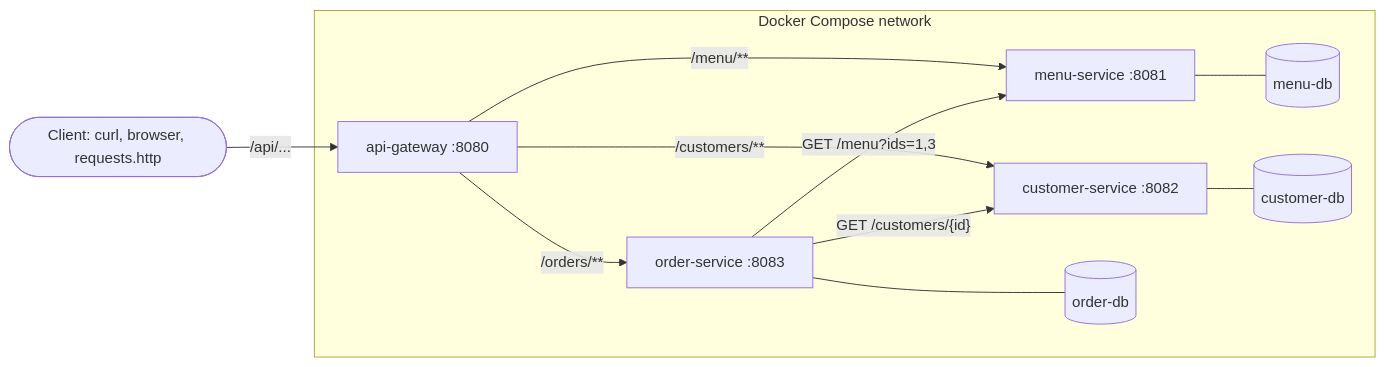
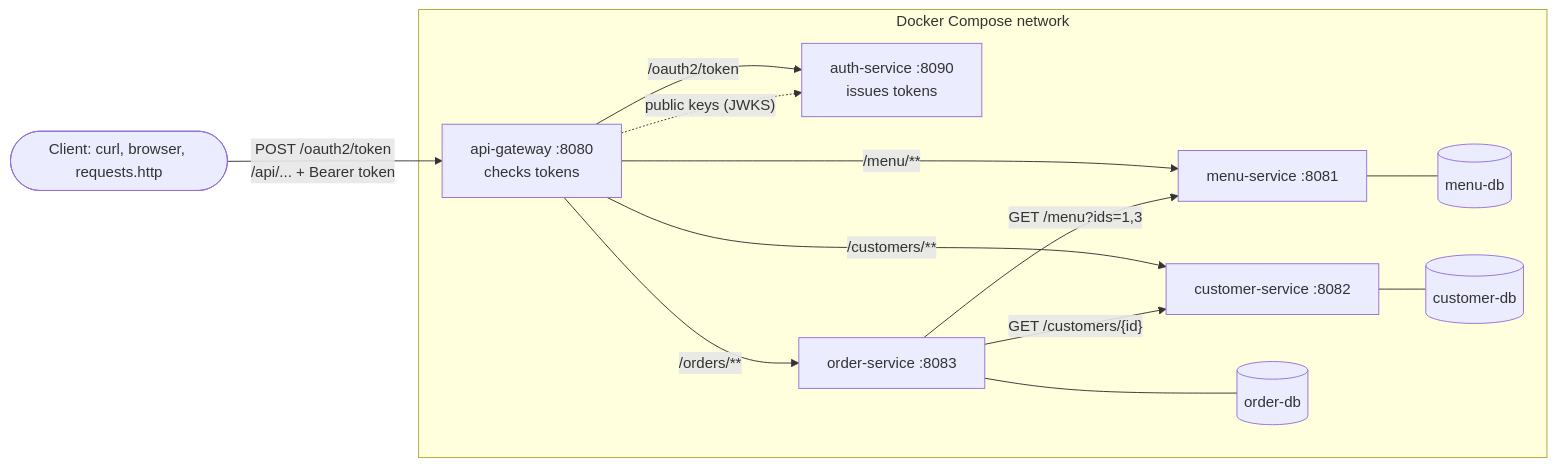
The diagram in README.md (pradyunuydarp/microservices-demo), drawn with Mermaid before and after one commit. The commit also changed other lines of this file and 8 other files, not shown here.

````diff
--- a/README.md
+++ b/README.md
@@ -19,22 +27,25 @@
 ```mermaid
 flowchart LR
     client(["Client: curl, browser, requests.http"])
     subgraph compose["Docker Compose network"]
-        gw["api-gateway :8080"]
+        gw["api-gateway :8080<br/>checks tokens"]
+        auth["auth-service :8090<br/>issues tokens"]
         menu["menu-service :8081"]
         cust["customer-service :8082"]
         order["order-service :8083"]
         menudb[("menu-db")]
         custdb[("customer-db")]
         orderdb[("order-db")]
     end
-    client -->|"/api/..."| gw
+    client -->|"POST /oauth2/token<br/>/api/... + Bearer token"| gw
+    gw -->|"/oauth2/token"| auth
+    gw -.->|"public keys (JWKS)"| auth
     gw -->|"/menu/**"| menu
     gw -->|"/customers/**"| cust
     gw -->|"/orders/**"| order
     order -->|"GET /customers/{id}"| cust
     order -->|"GET /menu?ids=1,3"| menu
     menu --- menudb
     cust --- custdb
     order --- orderdb
 ```
````
